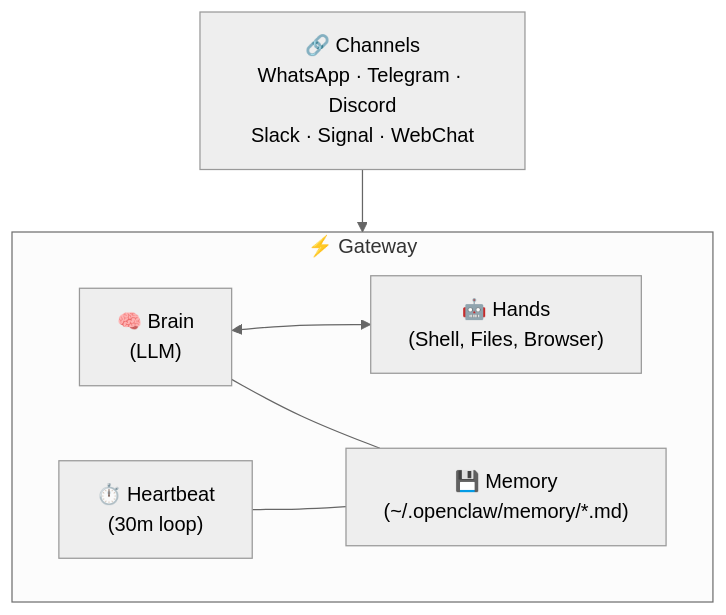
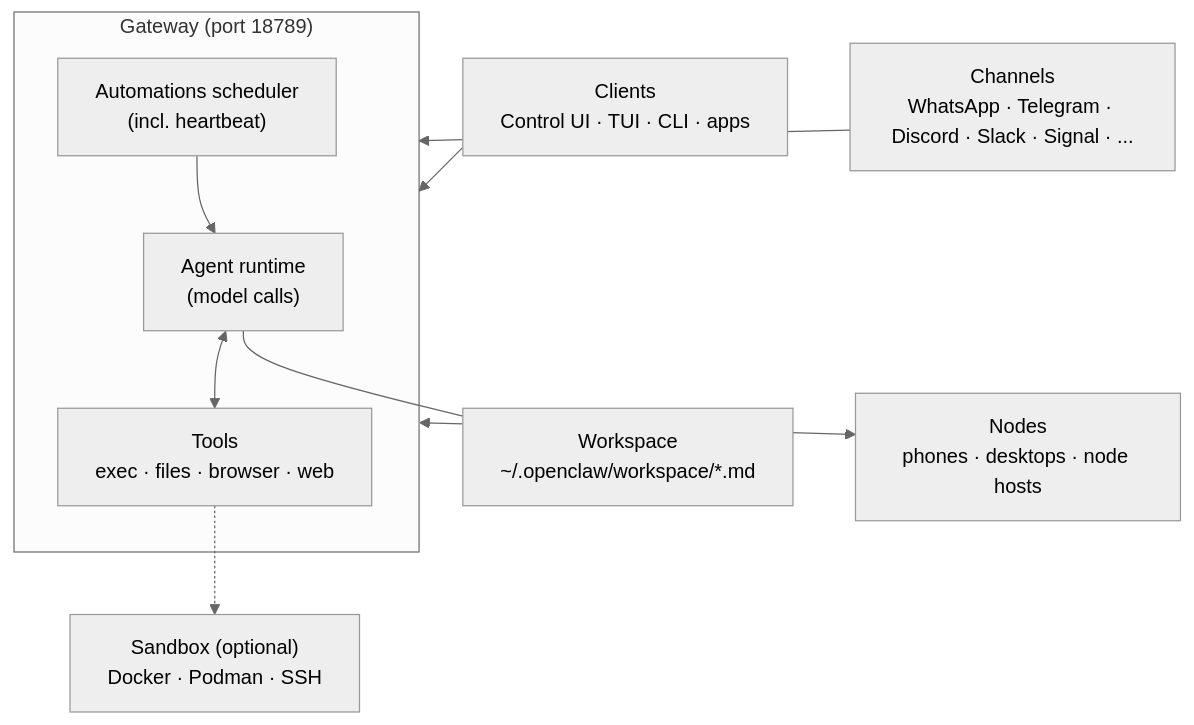
Before and after one commit to clawdocs/clawdocs.github.io: the diagram in docs/getting-started/core-concepts.md, drawn with Mermaid (neutral theme). The commit also changed other lines of this file, not shown here.

First line of the commit message:
Rebase core concepts on upstream architecture

````diff
--- a/docs/getting-started/core-concepts.md
+++ b/docs/getting-started/core-concepts.md
@@ -90,13 +106,15 @@
 ```mermaid
 graph TD
-    subgraph Gateway["⚡ Gateway"]
-        Brain["🧠 Brain<br/>(LLM)"]
-        Hands["🤖 Hands<br/>(Shell, Files, Browser)"]
-        HB["⏱️ Heartbeat<br/>(30m loop)"]
-        Brain <--> Hands
-        Brain --- Memory["💾 Memory<br/>(~/.openclaw/memory/*.md)"]
-        HB --- Memory
+    Clients["Clients<br/>Control UI · TUI · CLI · apps"] --> Gateway
+    Channels["Channels<br/>WhatsApp · Telegram · Discord · Slack · Signal · ..."] --> Gateway
+    subgraph Gateway["Gateway (port 18789)"]
+        Runtime["Agent runtime<br/>(model calls)"]
+        Tools["Tools<br/>exec · files · browser · web"]
+        Sched["Automations scheduler<br/>(incl. heartbeat)"]
+        Runtime <--> Tools
+        Sched --> Runtime
     end
-
-    Channels["🔗 Channels<br/>WhatsApp · Telegram · Discord<br/>Slack · Signal · WebChat"] --> Gateway
+    Runtime --- Workspace["Workspace<br/>~/.openclaw/workspace/*.md"]
+    Tools -.-> Sandbox["Sandbox (optional)<br/>Docker · Podman · SSH"]
+    Gateway <--> Nodes["Nodes<br/>phones · desktops · node hosts"]
 ```
````
